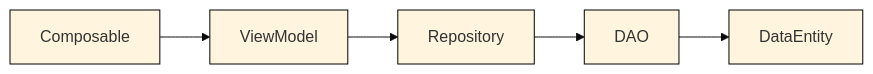
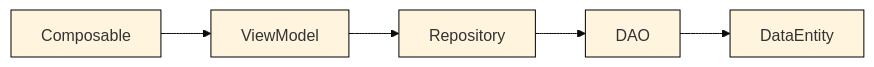
One commit to A-Yerkeshev/android-project changed the second of 2 diagrams in Readme.md. Above: the diagram before and after it, drawn with Mermaid. The commit also changed other lines of this file, not shown here.

````diff
--- a/Readme.md
+++ b/Readme.md
@@ -34,10 +36,11 @@
 ```mermaid
 %%{init: {
 	'theme':'base',
 	'themeVariables': {
 		'primaryBorderColor': '#000000'
-	}
+	},
+	'htmlLabels': false
 }}%%
 flowchart LR;
     Composable-->ViewModel-->Repository-->DAO-->DataEntity;
 ```
````
